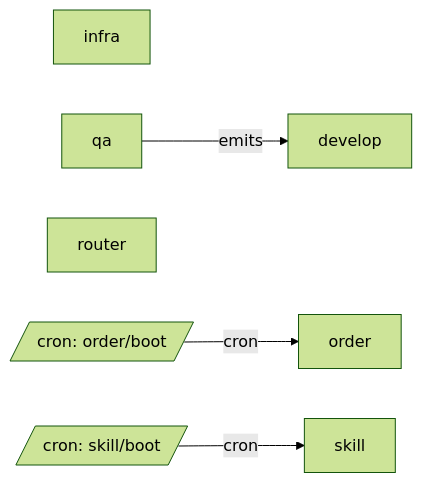
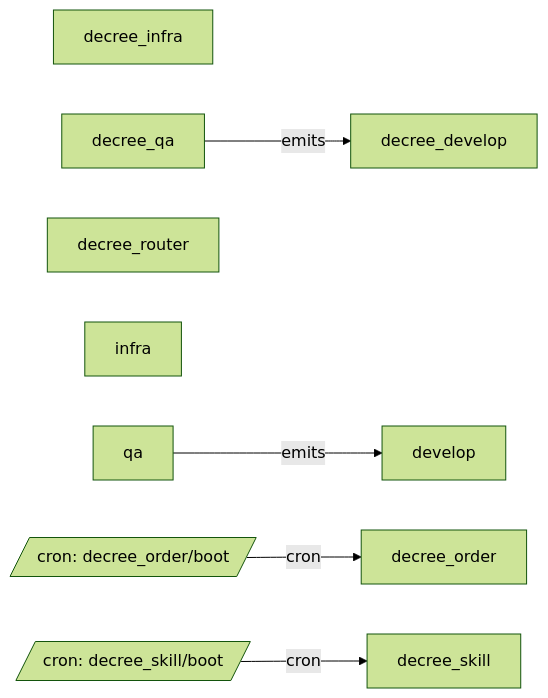
One commit to jtmckay/decree changed the diagram in .decree/system.md. Above: the diagram before and after it, drawn with Mermaid (forest theme). The commit also changed other lines of this file and 184 other files, not shown here.

First line of the commit message:
A14: Official plugins are `decree_*` and never modified; a project extends one under its own name; `source` updates a plugin from a URL; `state/` is storage only (develop/A14-extends.md)

````diff
--- a/.decree/system.md
+++ b/.decree/system.md
@@ -12,14 +15,18 @@
 ```mermaid
 flowchart LR
+    decree_develop["decree_develop"]
+    decree_infra["decree_infra"]
+    decree_order["decree_order"]
+    decree_qa["decree_qa"]
+    decree_router["decree_router"]
+    decree_skill["decree_skill"]
     develop["develop"]
     infra["infra"]
-    order["order"]
     qa["qa"]
-    router["router"]
-    skill["skill"]
-    cron__order_boot[/"cron: order/boot"/]
-    cron__skill_boot[/"cron: skill/boot"/]
-    cron__order_boot -->|cron| order
-    cron__skill_boot -->|cron| skill
+    cron__decree_order_boot[/"cron: decree_order/boot"/]
+    cron__decree_skill_boot[/"cron: decree_skill/boot"/]
+    cron__decree_order_boot -->|cron| decree_order
+    cron__decree_skill_boot -->|cron| decree_skill
+    decree_qa -->|emits| decree_develop
     qa -->|emits| develop
 ```
````
